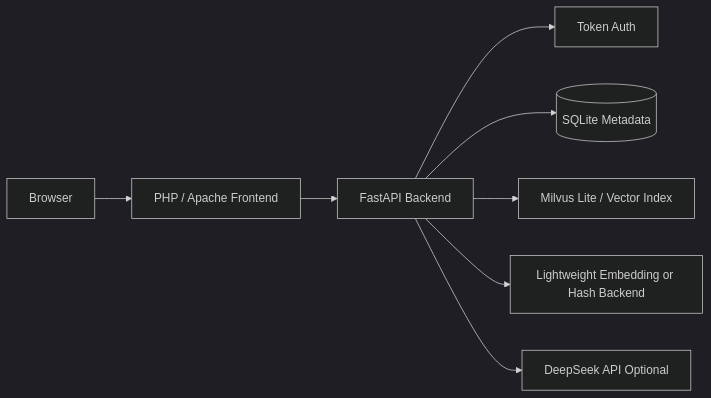
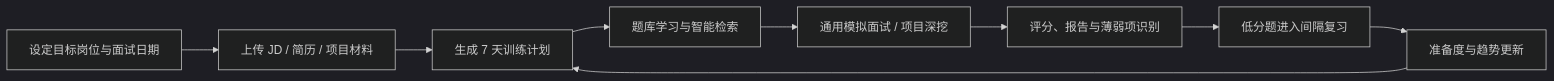
One commit to dazhiruoyu123/jianwei-interview-rag changed the first of 3 diagrams in README.md. Above: the diagram before and after it, drawn with Mermaid (dark theme). The commit also changed other lines of this file and 7 other files, not shown here.

````diff
--- a/README.md
+++ b/README.md
@@ -31,10 +28,11 @@
 ```mermaid
 flowchart LR
-    Browser[Browser] --> Web[PHP / Apache Frontend]
-    Web --> API[FastAPI Backend]
-    API --> Auth[Token Auth]
-    API --> DB[(SQLite Metadata)]
-    API --> Vector[Milvus Lite / Vector Index]
-    API --> Embed[Lightweight Embedding or Hash Backend]
-    API --> LLM[DeepSeek API Optional]
+    A[设定目标岗位与面试日期] --> B[上传 JD / 简历 / 项目材料]
+    B --> C[生成 7 天训练计划]
+    C --> D[题库学习与智能检索]
+    D --> E[通用模拟面试 / 项目深挖]
+    E --> F[评分、报告与薄弱项识别]
+    F --> G[低分题进入间隔复习]
+    G --> H[准备度与趋势更新]
+    H --> C
 ```
````
